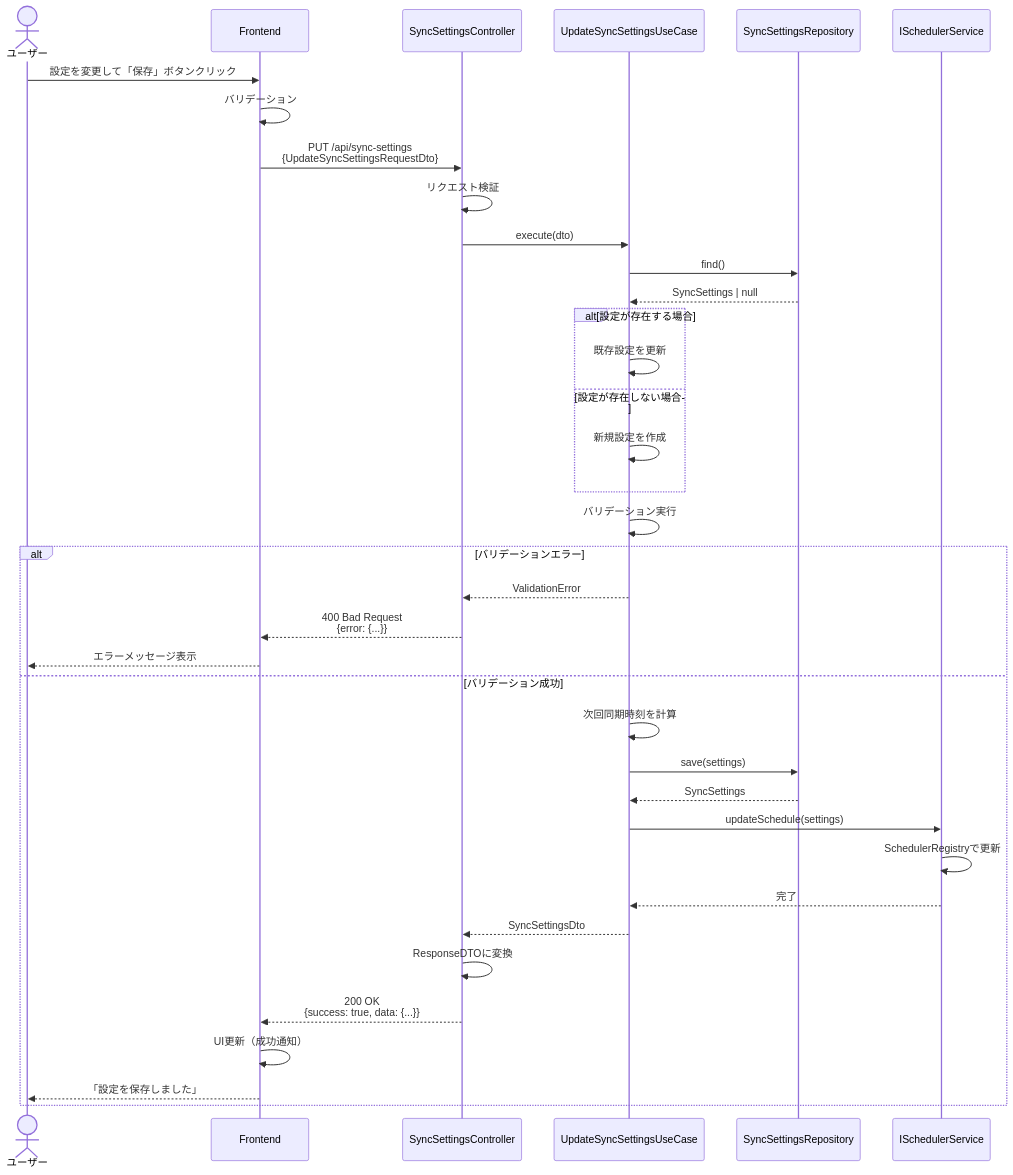
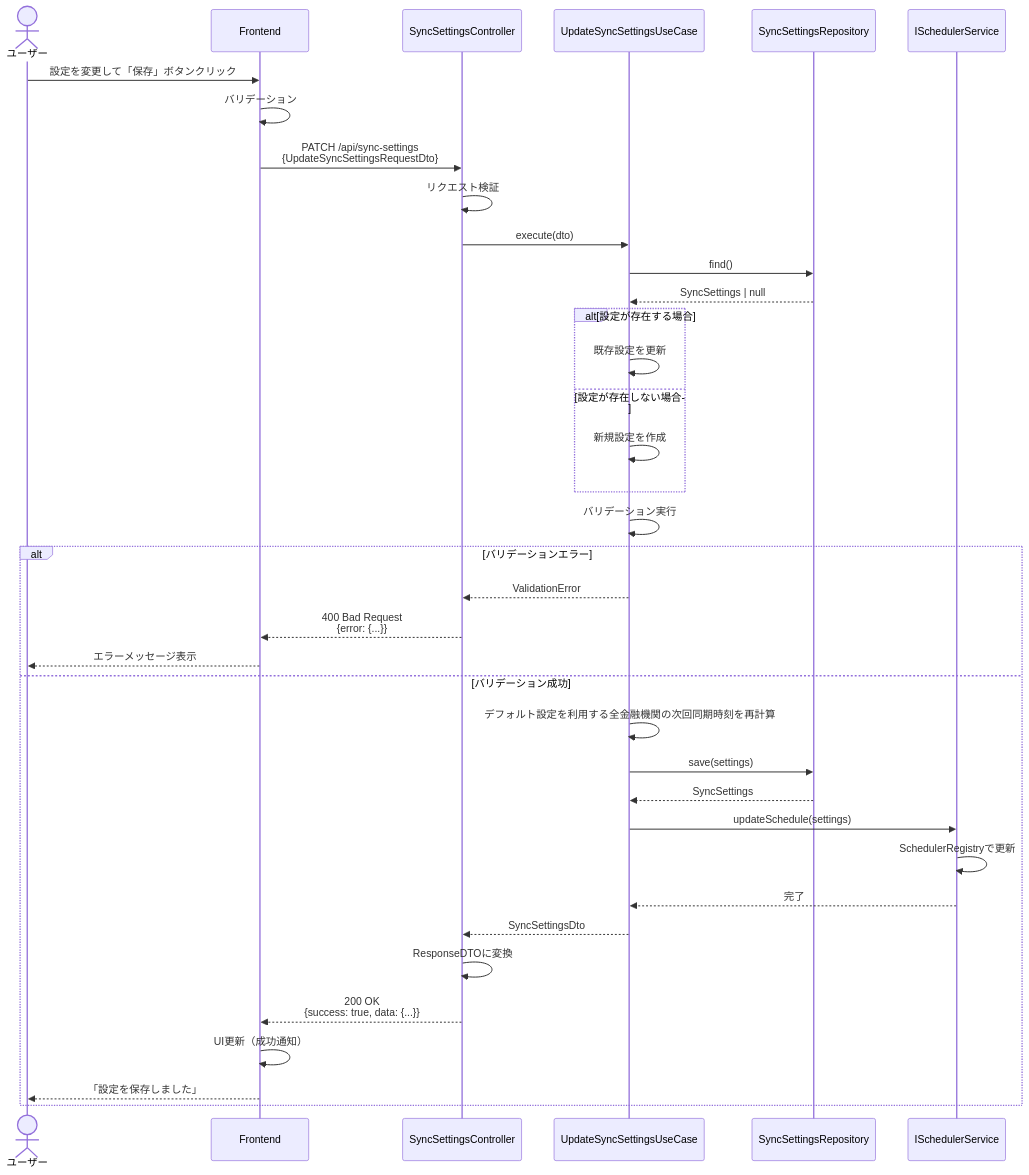
One commit to kencom2400/account-book changed the second of 7 diagrams in docs/detailed-design/FR-030_sync-settings/sequence-diagrams.md. Above: the diagram before and after it, drawn with Mermaid. The commit also changed other lines of this file and 5 other files, not shown here.

````diff
--- a/docs/detailed-design/FR-030_sync-settings/sequence-diagrams.md
+++ b/docs/detailed-design/FR-030_sync-settings/sequence-diagrams.md
@@ -105,46 +105,46 @@
 ```mermaid
 sequenceDiagram
     actor User as ユーザー
     participant FE as Frontend
     participant API as SyncSettingsController
     participant UC as UpdateSyncSettingsUseCase
     participant Repo as SyncSettingsRepository
     participant Scheduler as ISchedulerService
 
     User->>FE: 設定を変更して「保存」ボタンクリック
     FE->>FE: バリデーション
-    FE->>API: PUT /api/sync-settings<br/>{UpdateSyncSettingsRequestDto}
+    FE->>API: PATCH /api/sync-settings<br/>{UpdateSyncSettingsRequestDto}
 
     API->>API: リクエスト検証
     API->>UC: execute(dto)
 
     UC->>Repo: find()
     Repo-->>UC: SyncSettings | null
 
     alt 設定が存在する場合
         UC->>UC: 既存設定を更新
     else 設定が存在しない場合
         UC->>UC: 新規設定を作成
     end
 
     UC->>UC: バリデーション実行
     alt バリデーションエラー
         UC-->>API: ValidationError
         API-->>FE: 400 Bad Request<br/>{error: {...}}
         FE-->>User: エラーメッセージ表示
     else バリデーション成功
-        UC->>UC: 次回同期時刻を計算
+        UC->>UC: デフォルト設定を利用する全金融機関の次回同期時刻を再計算
         UC->>Repo: save(settings)
         Repo-->>UC: SyncSettings
 
         UC->>Scheduler: updateSchedule(settings)
         Scheduler->>Scheduler: SchedulerRegistryで更新
         Scheduler-->>UC: 完了
 
         UC-->>API: SyncSettingsDto
         API->>API: ResponseDTOに変換
         API-->>FE: 200 OK<br/>{success: true, data: {...}}
         FE->>FE: UI更新（成功通知）
         FE-->>User: 「設定を保存しました」
     end
 ```
````
